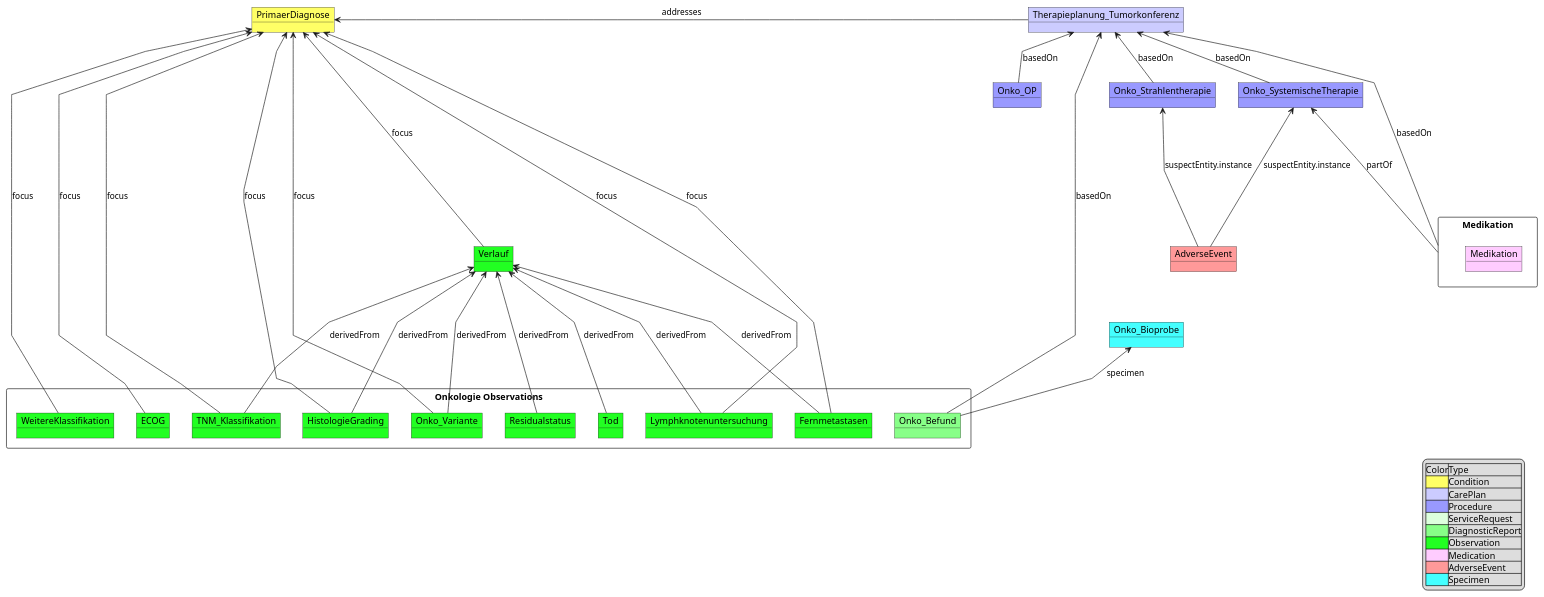
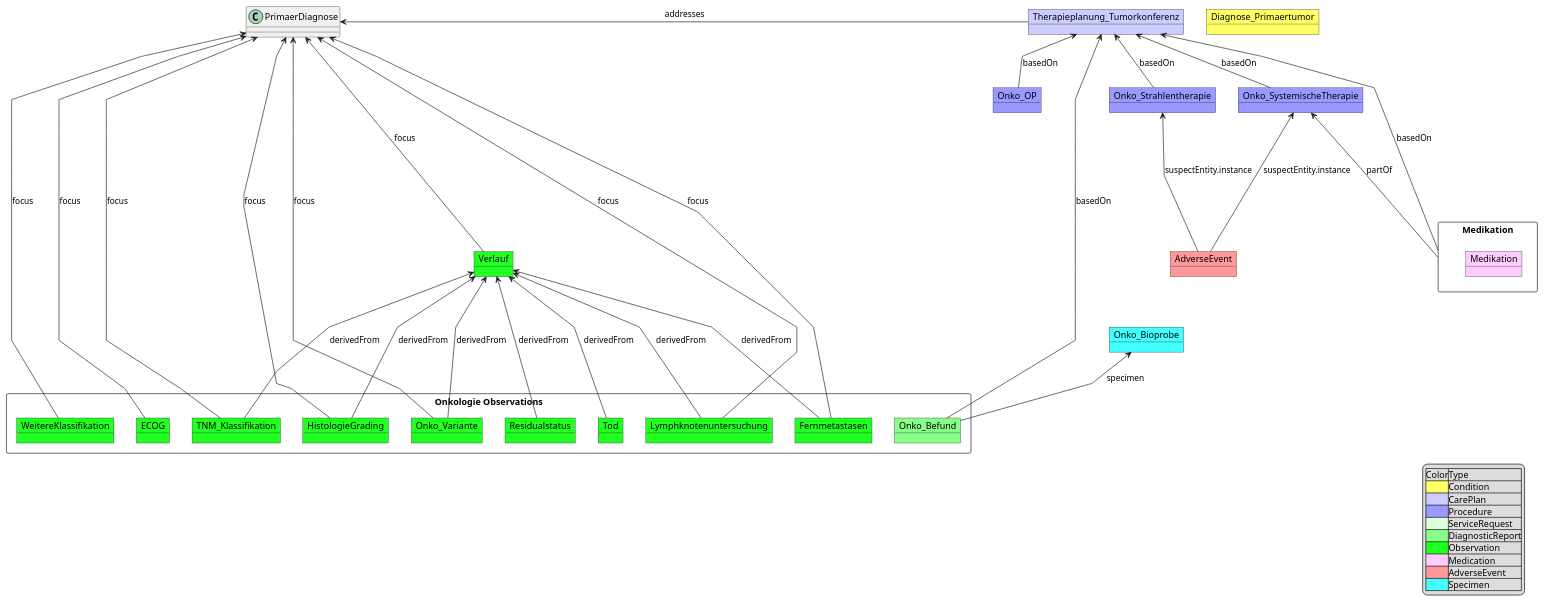
Before and after one commit to medizininformatik-initiative/kerndatensatzmodul-onkologie: the diagram in input/images-source/MII_Onko_UML_Relations_v1.pu, drawn with PlantUML. The commit also changed 35 other files, not shown here.

Commit message:
refactored to Primaerdiagnose to diagnose primaertumor

```diff
--- a/input/images-source/MII_Onko_UML_Relations_v1.pu
+++ b/input/images-source/MII_Onko_UML_Relations_v1.pu
@@ -3,77 +3,77 @@
 @startuml MII_Onko_UML_Relations_v1
 skinparam linetype polyline
 object Onko_OP #9999FF
 object Onko_Strahlentherapie #9999FF
 object Onko_SystemischeTherapie #9999FF
 object Therapieplanung_Tumorkonferenz #CCCCFF
 
 Therapieplanung_Tumorkonferenz <-- Onko_OP: basedOn 
 Therapieplanung_Tumorkonferenz <-- Onko_Strahlentherapie: basedOn
 Therapieplanung_Tumorkonferenz <-- Onko_SystemischeTherapie: basedOn
 rectangle "Medikation" {
     object Medikation #FFCCFF
 }
 Onko_SystemischeTherapie <--- Medikation : partOf 
 Therapieplanung_Tumorkonferenz <--- Medikation: basedOn
-object PrimaerDiagnose #FFFF66
+object Diagnose_Primaertumor #FFFF66
 
 rectangle "Onkologie Observations"{
     object Onko_Variante #22FF22
     object Fernmetastasen #22FF22
     object TNM_Klassifikation #22FF22
     object WeitereKlassifikation #22FF22 
     object Lymphknotenuntersuchung #22FF22
     object HistologieGrading #22FF22
     object Residualstatus #22FF22
     object ECOG #22FF22
     object Tod #22FF22
     object Onko_Befund #88FF88
 
 }
 
 PrimaerDiagnose <--- TNM_Klassifikation: focus
 PrimaerDiagnose <-right--  Therapieplanung_Tumorkonferenz : addresses
 PrimaerDiagnose <--- Lymphknotenuntersuchung: focus
 PrimaerDiagnose <--- HistologieGrading :focus
 PrimaerDiagnose <--- Onko_Variante :focus
 PrimaerDiagnose <--- WeitereKlassifikation: focus
 PrimaerDiagnose <--- ECOG :focus
 PrimaerDiagnose <--- Fernmetastasen :focus
 
 Therapieplanung_Tumorkonferenz <-right-- Onko_Befund  : basedOn
 
 object Verlauf #22FF22
 PrimaerDiagnose <----  Verlauf : focus
 Verlauf <--- Tod: derivedFrom
 Verlauf <--- TNM_Klassifikation:  derivedFrom
 Verlauf <---  Lymphknotenuntersuchung : derivedFrom
 Verlauf <---  HistologieGrading : derivedFrom
 Verlauf <--- Fernmetastasen: derivedFrom
 Verlauf <--- Residualstatus:  derivedFrom
 Verlauf <--- Onko_Variante: derivedFrom
 
 
 
 
 object Onko_Bioprobe #44FFFF 
 Onko_Bioprobe <-- Onko_Befund : specimen
 
 object AdverseEvent #FF9999
 Onko_SystemischeTherapie <--- AdverseEvent: suspectEntity.instance
 Onko_Strahlentherapie <--- AdverseEvent: suspectEntity.instance
 
 legend right 
 |Color|Type|
 |<#FFFF66>|Condition|
 |<#CCCCFF>|CarePlan|
 |<#9999FF>|Procedure|
 |<#DDFFDD>|ServiceRequest|
 |<#88FF88>|DiagnosticReport|
 |<#22FF22>|Observation|
 |<#FFCCFF>|Medication|
 |<#FF9999>|AdverseEvent|
 |<#44FFFF>|Specimen|
 endlegend
 
 
 @enduml
```
